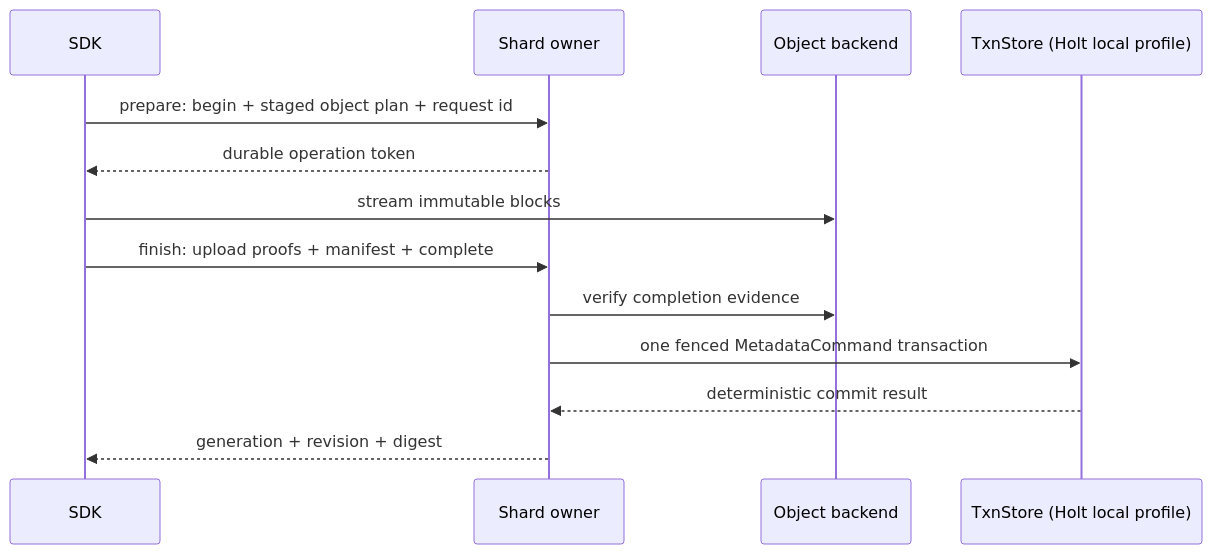
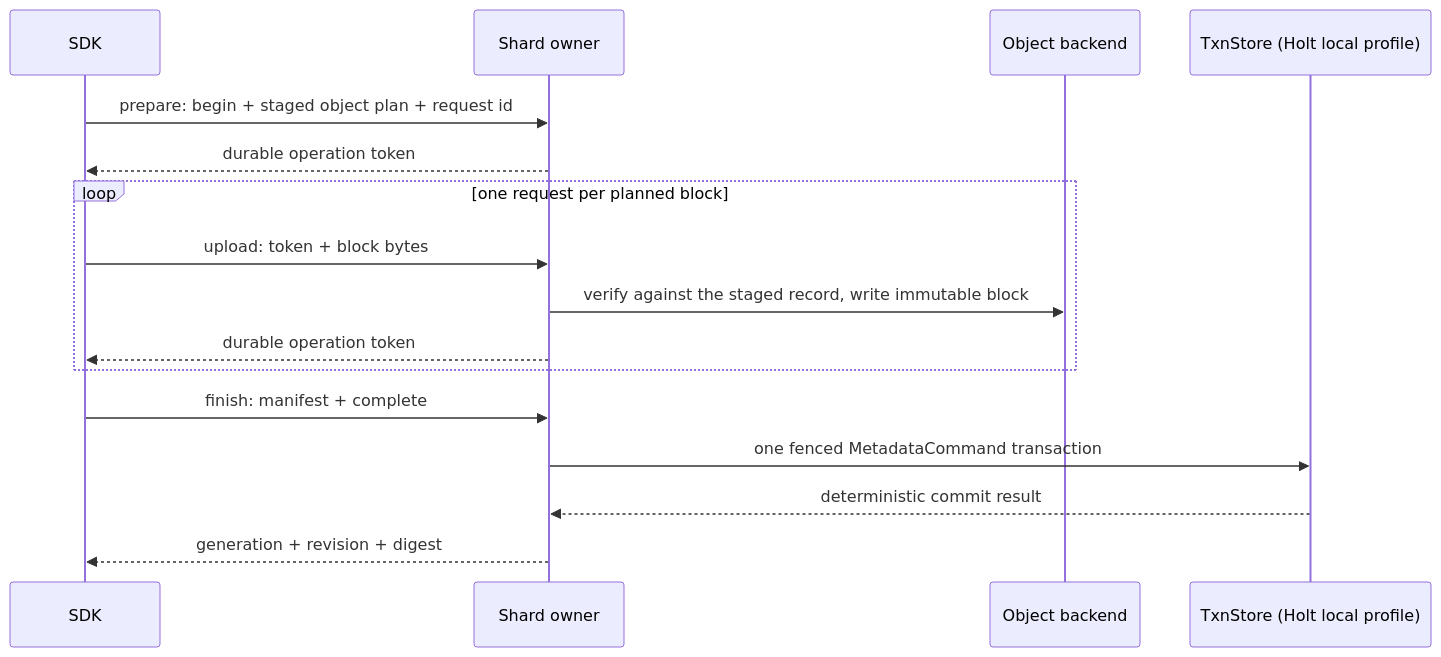
One commit to NoKV-Lab/NoKV changed the fourth of 5 diagrams in docs/architecture.md. Above: the diagram before and after it, drawn with Mermaid. The commit also changed other lines of this file and 5 other files, not shown here.

````diff
--- a/docs/architecture.md
+++ b/docs/architecture.md
@@ -267,16 +269,19 @@
 ```mermaid
 sequenceDiagram
     participant C as SDK
     participant M as Shard owner
     participant O as Object backend
     participant S as TxnStore (Holt local profile)
 
     C->>M: prepare: begin + staged object plan + request id
     M-->>C: durable operation token
-    C->>O: stream immutable blocks
-    C->>M: finish: upload proofs + manifest + complete
-    M->>O: verify completion evidence
+    loop one request per planned block
+        C->>M: upload: token + block bytes
+        M->>O: verify against the staged record, write immutable block
+        M-->>C: durable operation token
+    end
+    C->>M: finish: manifest + complete
     M->>S: one fenced MetadataCommand transaction
     S-->>M: deterministic commit result
     M-->>C: generation + revision + digest
 ```
````
